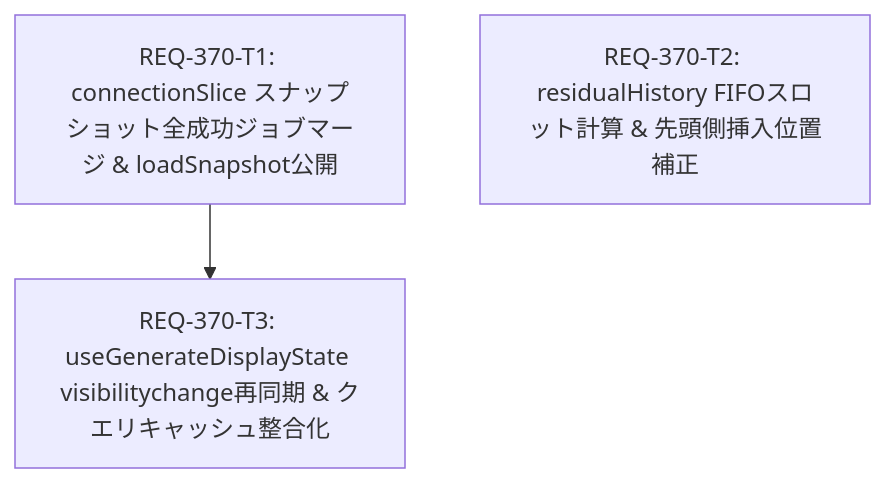
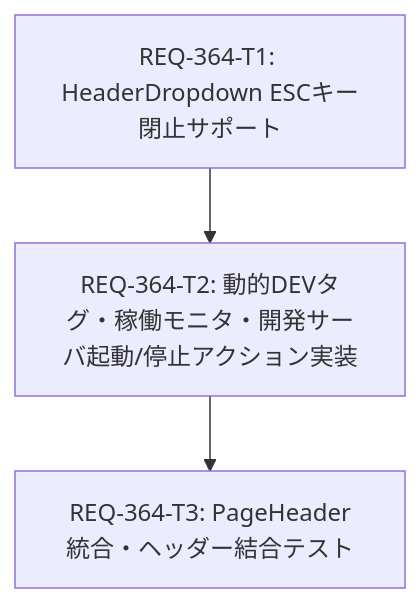
The diagram in implementation_plan.md (TAKE4548/comfy-create-helper2), drawn with Mermaid before and after one commit. The commit also changed other lines of this file and 14 other files, not shown here.

````diff
--- a/implementation_plan.md
+++ b/implementation_plan.md
@@ -64,5 +42,5 @@
 ```mermaid
 graph TD
-  REQ-370-T1["REQ-370-T1: connectionSlice スナップショット全成功ジョブマージ & loadSnapshot公開"] --> REQ-370-T3["REQ-370-T3: useGenerateDisplayState visibilitychange再同期 & クエリキャッシュ整合化"]
-  REQ-370-T2["REQ-370-T2: residualHistory FIFOスロット計算 & 先頭側挿入位置補正"]
+  REQ-364-T1["REQ-364-T1: HeaderDropdown ESCキー閉止サポート"] --> REQ-364-T2["REQ-364-T2: 動的DEVタグ・稼働モニタ・開発サーバ起動/停止アクション実装"]
+  REQ-364-T2 --> REQ-364-T3["REQ-364-T3: PageHeader統合・ヘッダー結合テスト"]
 ```
````
